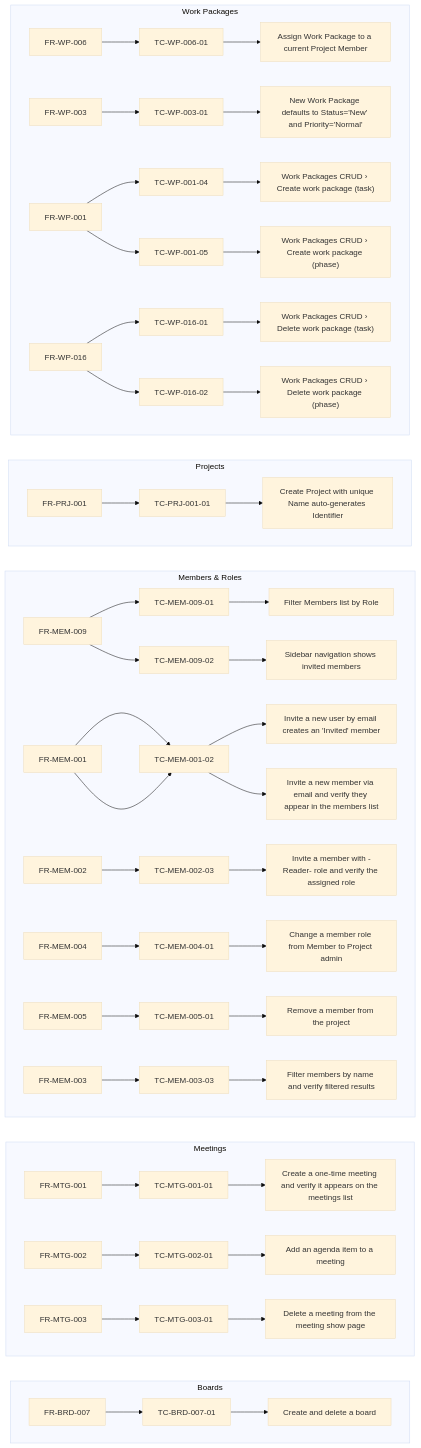
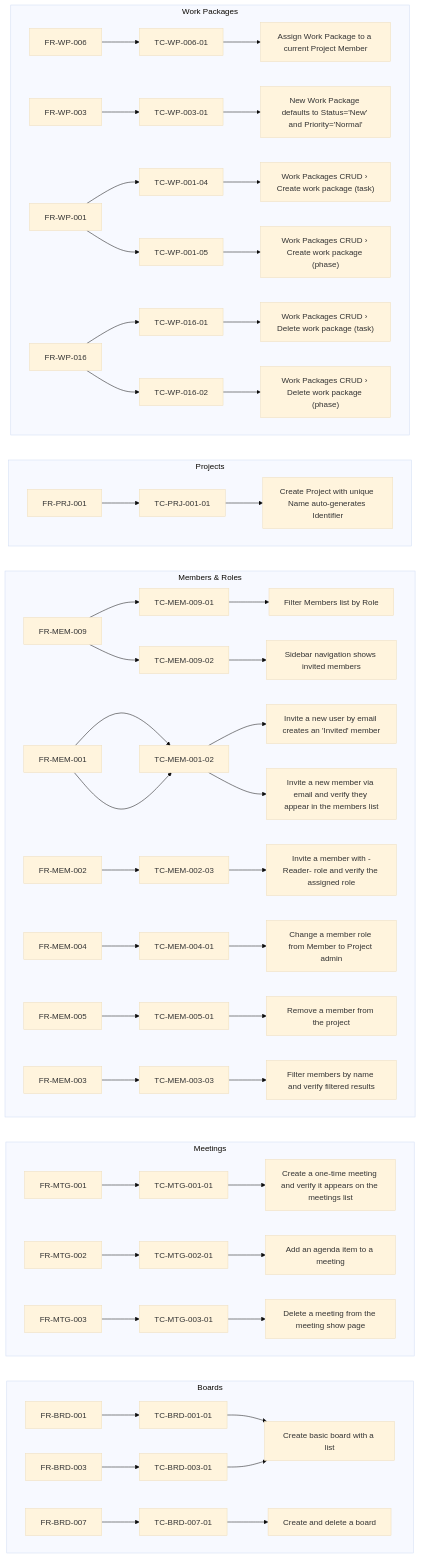
One commit to Top-Q/playwright-typescript changed the fourth of 4 diagrams in specs/product/vault/Dashboard.md. Above: the diagram before and after it, drawn with Mermaid (base theme). The commit also changed other lines of this file and 6 other files, not shown here.

First line of the commit message:
test: board opens with a default list and gains the one added (TC-BRD-001-01, TC-BRD-003-01)

````diff
--- a/specs/product/vault/Dashboard.md
+++ b/specs/product/vault/Dashboard.md
@@ -66,38 +66,40 @@
 ```mermaid
 flowchart LR
     subgraph M_boards["Boards"]
         direction LR
+        R_FR_BRD_001["FR-BRD-001"] --> C_TC_BRD_001_01["TC-BRD-001-01"] --> T_Create_basic_board_with_a_list["Create basic board with a list"]
+        R_FR_BRD_003["FR-BRD-003"] --> C_TC_BRD_003_01["TC-BRD-003-01"] --> T_Create_basic_board_with_a_list["Create basic board with a list"]
         R_FR_BRD_007["FR-BRD-007"] --> C_TC_BRD_007_01["TC-BRD-007-01"] --> T_Create_and_delete_a_board["Create and delete a board"]
     end
     subgraph M_meetings["Meetings"]
         direction LR
         R_FR_MTG_001["FR-MTG-001"] --> C_TC_MTG_001_01["TC-MTG-001-01"] --> T_Create_a_one_time_meeting_and_verify_it_appears_on_the_meetings_list["Create a one-time meeting and verify it appears on the meetings list"]
         R_FR_MTG_002["FR-MTG-002"] --> C_TC_MTG_002_01["TC-MTG-002-01"] --> T_Add_an_agenda_item_to_a_meeting["Add an agenda item to a meeting"]
         R_FR_MTG_003["FR-MTG-003"] --> C_TC_MTG_003_01["TC-MTG-003-01"] --> T_Delete_a_meeting_from_the_meeting_show_page["Delete a meeting from the meeting show page"]
     end
     subgraph M_members_roles["Members & Roles"]
         direction LR
         R_FR_MEM_009["FR-MEM-009"] --> C_TC_MEM_009_01["TC-MEM-009-01"] --> T_Filter_Members_list_by_Role["Filter Members list by Role"]
         R_FR_MEM_001["FR-MEM-001"] --> C_TC_MEM_001_02["TC-MEM-001-02"] --> T_Invite_a_new_user_by_email_creates_an__Invited__member["Invite a new user by email creates an 'Invited' member"]
         R_FR_MEM_001["FR-MEM-001"] --> C_TC_MEM_001_02["TC-MEM-001-02"] --> T_Invite_a_new_member_via_email_and_verify_they_appear_in_the_members_list["Invite a new member via email and verify they appear in the members list"]
         R_FR_MEM_002["FR-MEM-002"] --> C_TC_MEM_002_03["TC-MEM-002-03"] --> T_Invite_a_member_with__Reader__role_and_verify_the_assigned_role["Invite a member with -Reader- role and verify the assigned role"]
         R_FR_MEM_004["FR-MEM-004"] --> C_TC_MEM_004_01["TC-MEM-004-01"] --> T_Change_a_member_role_from_Member_to_Project_admin["Change a member role from Member to Project admin"]
         R_FR_MEM_005["FR-MEM-005"] --> C_TC_MEM_005_01["TC-MEM-005-01"] --> T_Remove_a_member_from_the_project["Remove a member from the project"]
         R_FR_MEM_003["FR-MEM-003"] --> C_TC_MEM_003_03["TC-MEM-003-03"] --> T_Filter_members_by_name_and_verify_filtered_results["Filter members by name and verify filtered results"]
         R_FR_MEM_009["FR-MEM-009"] --> C_TC_MEM_009_02["TC-MEM-009-02"] --> T_Sidebar_navigation_shows_invited_members["Sidebar navigation shows invited members"]
     end
     subgraph M_projects["Projects"]
         direction LR
         R_FR_PRJ_001["FR-PRJ-001"] --> C_TC_PRJ_001_01["TC-PRJ-001-01"] --> T_Create_Project_with_unique_Name_auto_generates_Identifier["Create Project with unique Name auto-generates Identifier"]
     end
     subgraph M_work_packages["Work Packages"]
         direction LR
         R_FR_WP_006["FR-WP-006"] --> C_TC_WP_006_01["TC-WP-006-01"] --> T_Assign_Work_Package_to_a_current_Project_Member["Assign Work Package to a current Project Member"]
         R_FR_WP_003["FR-WP-003"] --> C_TC_WP_003_01["TC-WP-003-01"] --> T_New_Work_Package_defaults_to_Status__New__and_Priority__Normal_["New Work Package defaults to Status='New' and Priority='Normal'"]
         R_FR_WP_001["FR-WP-001"] --> C_TC_WP_001_04["TC-WP-001-04"] --> T_Work_Packages_CRUD___Create_work_package__task_["Work Packages CRUD › Create work package (task)"]
         R_FR_WP_016["FR-WP-016"] --> C_TC_WP_016_01["TC-WP-016-01"] --> T_Work_Packages_CRUD___Delete_work_package__task_["Work Packages CRUD › Delete work package (task)"]
         R_FR_WP_001["FR-WP-001"] --> C_TC_WP_001_05["TC-WP-001-05"] --> T_Work_Packages_CRUD___Create_work_package__phase_["Work Packages CRUD › Create work package (phase)"]
         R_FR_WP_016["FR-WP-016"] --> C_TC_WP_016_02["TC-WP-016-02"] --> T_Work_Packages_CRUD___Delete_work_package__phase_["Work Packages CRUD › Delete work package (phase)"]
     end
-    class R_FR_BRD_007,C_TC_BRD_007_01,T_Create_and_delete_a_board,R_FR_MTG_001,C_TC_MTG_001_01,T_Create_a_one_time_meeting_and_verify_it_appears_on_the_meetings_list,R_FR_MTG_002,C_TC_MTG_002_01,T_Add_an_agenda_item_to_a_meeting,R_FR_MTG_003,C_TC_MTG_003_01,T_Delete_a_meeting_from_the_meeting_show_page,R_FR_MEM_009,C_TC_MEM_009_01,T_Filter_Members_list_by_Role,R_FR_MEM_001,C_TC_MEM_001_02,T_Invite_a_new_user_by_email_creates_an__Invited__member,T_Invite_a_new_member_via_email_and_verify_they_appear_in_the_members_list,R_FR_MEM_002,C_TC_MEM_002_03,T_Invite_a_member_with__Reader__role_and_verify_the_assigned_role,R_FR_MEM_004,C_TC_MEM_004_01,T_Change_a_member_role_from_Member_to_Project_admin,R_FR_MEM_005,C_TC_MEM_005_01,T_Remove_a_member_from_the_project,R_FR_MEM_003,C_TC_MEM_003_03,T_Filter_members_by_name_and_verify_filtered_results,C_TC_MEM_009_02,T_Sidebar_navigation_shows_invited_members,R_FR_PRJ_001,C_TC_PRJ_001_01,T_Create_Project_with_unique_Name_auto_generates_Identifier,R_FR_WP_006,C_TC_WP_006_01,T_Assign_Work_Package_to_a_current_Project_Member,R_FR_WP_003,C_TC_WP_003_01,T_New_Work_Package_defaults_to_Status__New__and_Priority__Normal_,R_FR_WP_001,C_TC_WP_001_04,T_Work_Packages_CRUD___Create_work_package__task_,R_FR_WP_016,C_TC_WP_016_01,T_Work_Packages_CRUD___Delete_work_package__task_,C_TC_WP_001_05,T_Work_Packages_CRUD___Create_work_package__phase_,C_TC_WP_016_02,T_Work_Packages_CRUD___Delete_work_package__phase_ internal-link;
+    class R_FR_BRD_001,C_TC_BRD_001_01,T_Create_basic_board_with_a_list,R_FR_BRD_003,C_TC_BRD_003_01,R_FR_BRD_007,C_TC_BRD_007_01,T_Create_and_delete_a_board,R_FR_MTG_001,C_TC_MTG_001_01,T_Create_a_one_time_meeting_and_verify_it_appears_on_the_meetings_list,R_FR_MTG_002,C_TC_MTG_002_01,T_Add_an_agenda_item_to_a_meeting,R_FR_MTG_003,C_TC_MTG_003_01,T_Delete_a_meeting_from_the_meeting_show_page,R_FR_MEM_009,C_TC_MEM_009_01,T_Filter_Members_list_by_Role,R_FR_MEM_001,C_TC_MEM_001_02,T_Invite_a_new_user_by_email_creates_an__Invited__member,T_Invite_a_new_member_via_email_and_verify_they_appear_in_the_members_list,R_FR_MEM_002,C_TC_MEM_002_03,T_Invite_a_member_with__Reader__role_and_verify_the_assigned_role,R_FR_MEM_004,C_TC_MEM_004_01,T_Change_a_member_role_from_Member_to_Project_admin,R_FR_MEM_005,C_TC_MEM_005_01,T_Remove_a_member_from_the_project,R_FR_MEM_003,C_TC_MEM_003_03,T_Filter_members_by_name_and_verify_filtered_results,C_TC_MEM_009_02,T_Sidebar_navigation_shows_invited_members,R_FR_PRJ_001,C_TC_PRJ_001_01,T_Create_Project_with_unique_Name_auto_generates_Identifier,R_FR_WP_006,C_TC_WP_006_01,T_Assign_Work_Package_to_a_current_Project_Member,R_FR_WP_003,C_TC_WP_003_01,T_New_Work_Package_defaults_to_Status__New__and_Priority__Normal_,R_FR_WP_001,C_TC_WP_001_04,T_Work_Packages_CRUD___Create_work_package__task_,R_FR_WP_016,C_TC_WP_016_01,T_Work_Packages_CRUD___Delete_work_package__task_,C_TC_WP_001_05,T_Work_Packages_CRUD___Create_work_package__phase_,C_TC_WP_016_02,T_Work_Packages_CRUD___Delete_work_package__phase_ internal-link;
 ```
````
